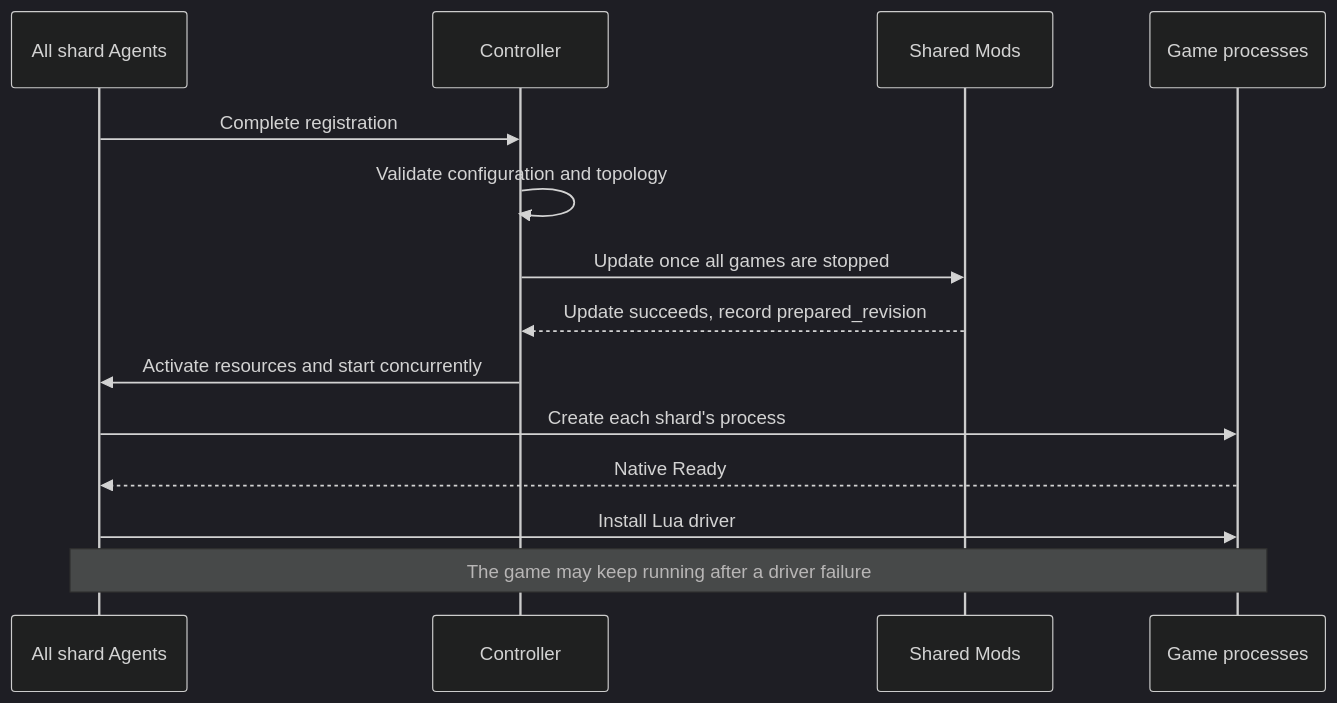
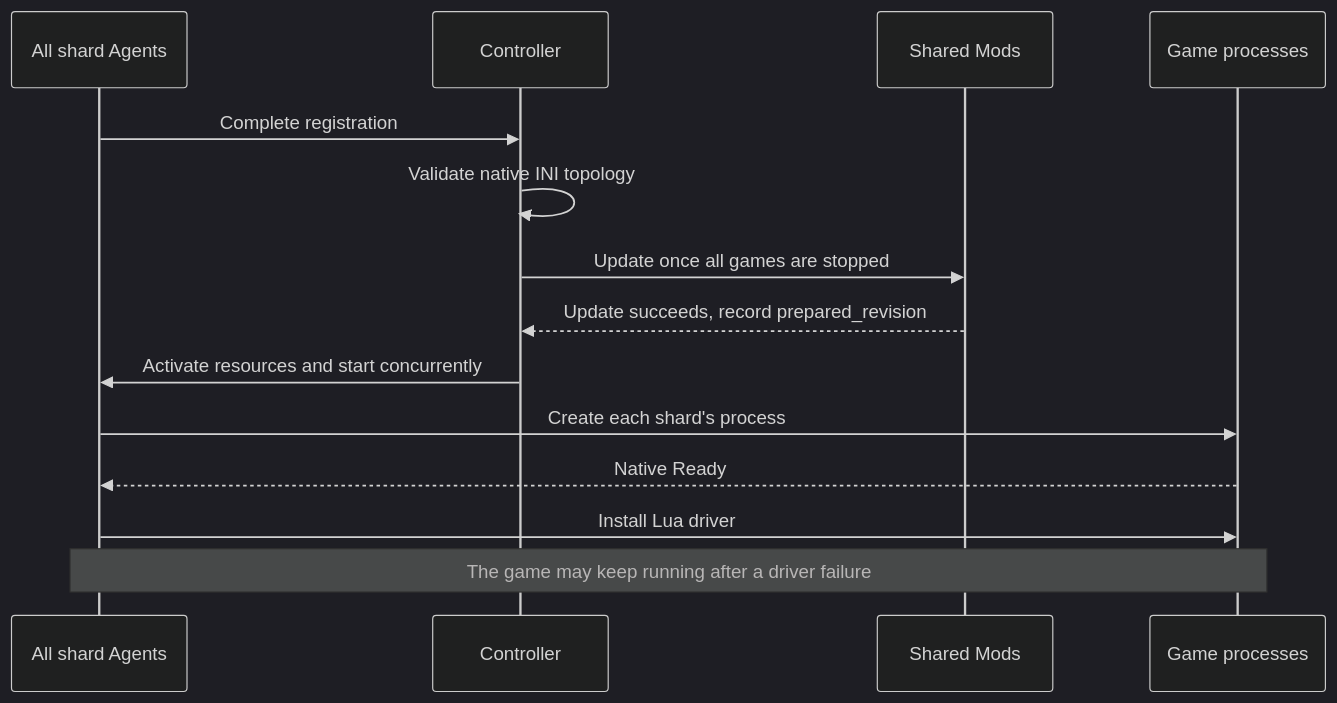
Before and after one commit to LetsStarveTogether/dst-server: the second of 4 diagrams in README.md, drawn with Mermaid (dark theme). The commit also changed other lines of this file and 126 other files, not shown here.

First line of the commit message:
feat(cli)!: unify room management and native configuration

````diff
--- a/README.md
+++ b/README.md
@@ -390,16 +533,16 @@
 ```mermaid
 sequenceDiagram
     participant A as All shard Agents
     participant C as Controller
     participant M as Shared Mods
     participant G as Game processes
     A->>C: Complete registration
-    C->>C: Validate configuration and topology
+    C->>C: Validate native INI topology
     C->>M: Update once all games are stopped
     M-->>C: Update succeeds, record prepared_revision
     C->>A: Activate resources and start concurrently
     A->>G: Create each shard's process
     G-->>A: Native Ready
     A->>G: Install Lua driver
     Note over A,G: The game may keep running after a driver failure
 ```
````
